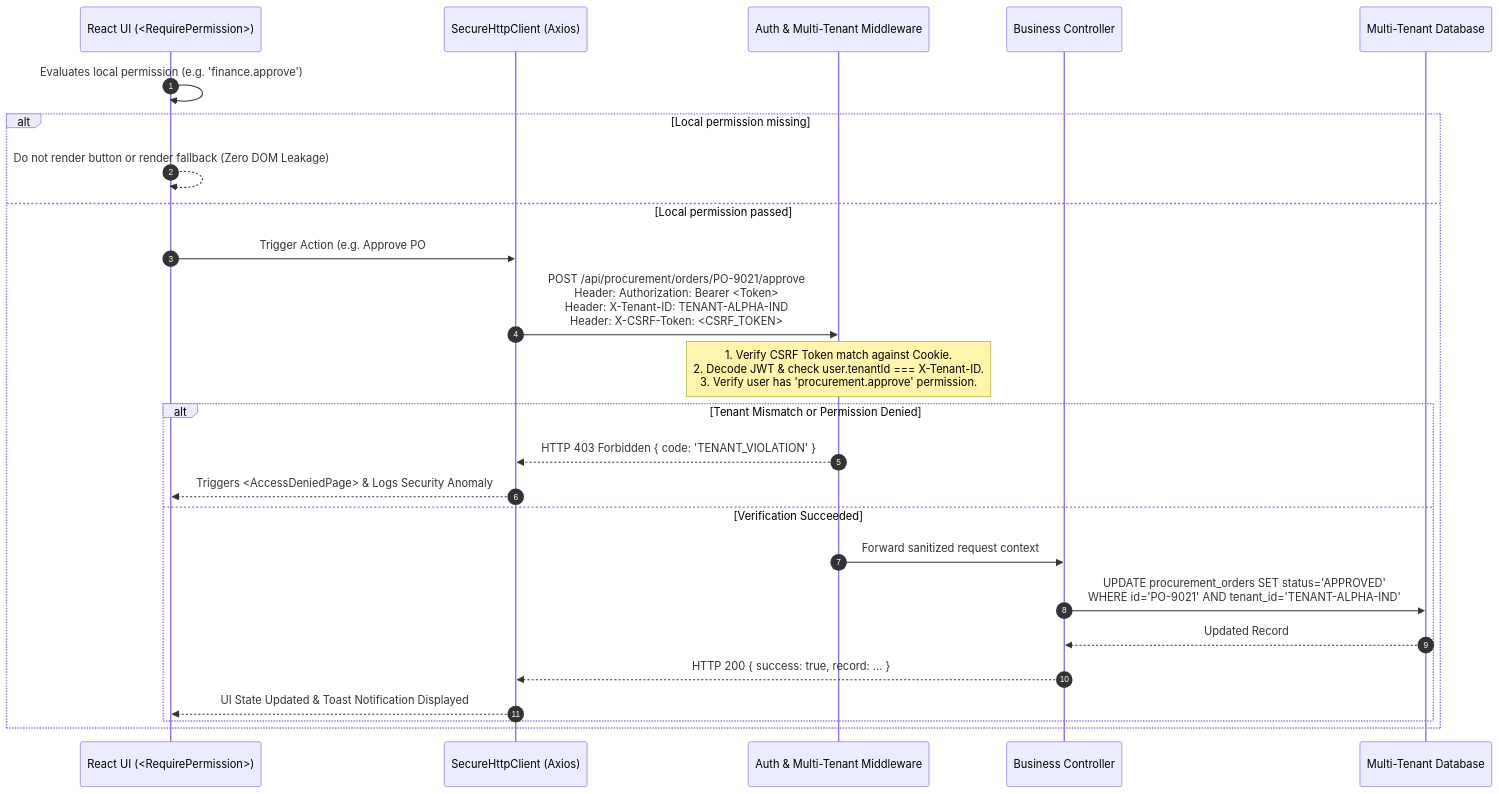
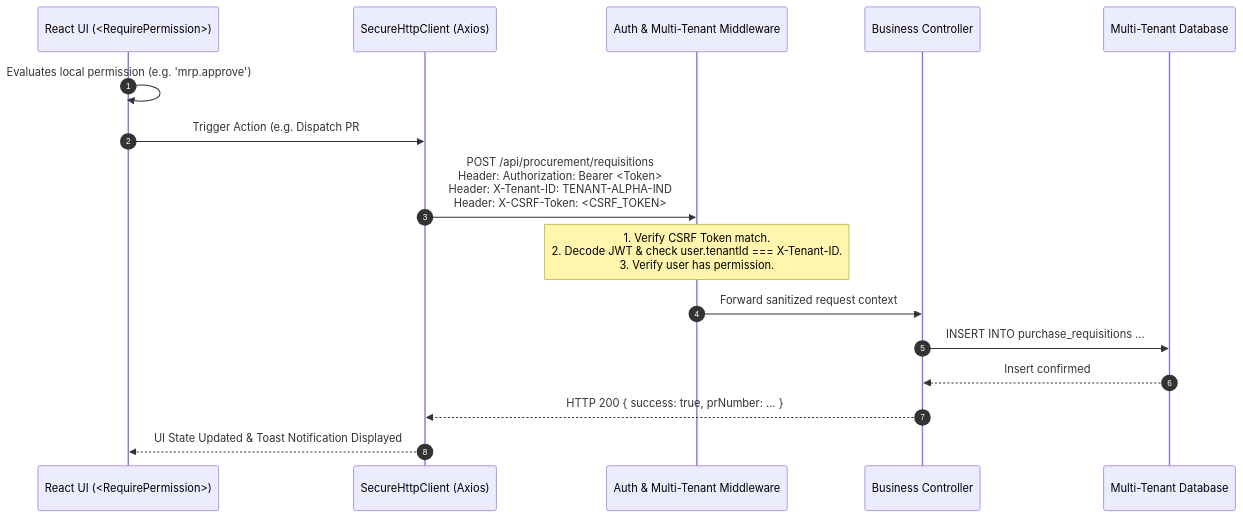
The fifth of 8 diagrams in README.md (datastock2025-prog/SP-PLASTECH), drawn with Mermaid before and after one commit. The commit also changed other lines of this file and 27 other files, not shown here.

Commit message:
feat: redesign MRP with Monthly Sales demand & PR dispatch, connect BOM to Production Schedule, BOM wizard autocompletes & item governance

````diff
--- a/README.md
+++ b/README.md
@@ -131,30 +316,21 @@
 ```mermaid
 sequenceDiagram
     autonumber
     participant React as React UI (<RequirePermission>)
     participant Client as SecureHttpClient (Axios)
     participant Middleware as Auth & Multi-Tenant Middleware
     participant Controller as Business Controller
     participant DB as Multi-Tenant Database
 
-    React->>React: Evaluates local permission (e.g. 'finance.approve')
-    alt Local permission missing
-        React-->>React: Do not render button or render fallback (Zero DOM Leakage)
-    else Local permission passed
-        React->>Client: Trigger Action (e.g. Approve PO #PO-9021)
-        Client->>Middleware: POST /api/procurement/orders/PO-9021/approve<br/>Header: Authorization: Bearer <Token><br/>Header: X-Tenant-ID: TENANT-ALPHA-IND<br/>Header: X-CSRF-Token: <CSRF_TOKEN>
-        
-        Note over Middleware: 1. Verify CSRF Token match against Cookie.<br/>2. Decode JWT & check user.tenantId === X-Tenant-ID.<br/>3. Verify user has 'procurement.approve' permission.
-        
-        alt Tenant Mismatch or Permission Denied
-            Middleware-->>Client: HTTP 403 Forbidden { code: 'TENANT_VIOLATION' }
-            Client-->>React: Triggers <AccessDeniedPage> & Logs Security Anomaly
-        else Verification Succeeded
-            Middleware->>Controller: Forward sanitized request context
-            Controller->>DB: UPDATE procurement_orders SET status='APPROVED'<br/>WHERE id='PO-9021' AND tenant_id='TENANT-ALPHA-IND'
-            DB-->>Controller: Updated Record
-            Controller-->>Client: HTTP 200 { success: true, record: ... }
-            Client-->>React: UI State Updated & Toast Notification Displayed
-        end
-    end
+    React->>React: Evaluates local permission (e.g. 'mrp.approve')
+    React->>Client: Trigger Action (e.g. Dispatch PR #PR-2026-MRP-01)
+    Client->>Middleware: POST /api/procurement/requisitions<br/>Header: Authorization: Bearer <Token><br/>Header: X-Tenant-ID: TENANT-ALPHA-IND<br/>Header: X-CSRF-Token: <CSRF_TOKEN>
+    
+    Note over Middleware: 1. Verify CSRF Token match.<br/>2. Decode JWT & check user.tenantId === X-Tenant-ID.<br/>3. Verify user has permission.
+    
+    Middleware->>Controller: Forward sanitized request context
+    Controller->>DB: INSERT INTO purchase_requisitions ...
+    DB-->>Controller: Insert confirmed
+    Controller-->>Client: HTTP 200 { success: true, prNumber: ... }
+    Client-->>React: UI State Updated & Toast Notification Displayed
 ```
````
